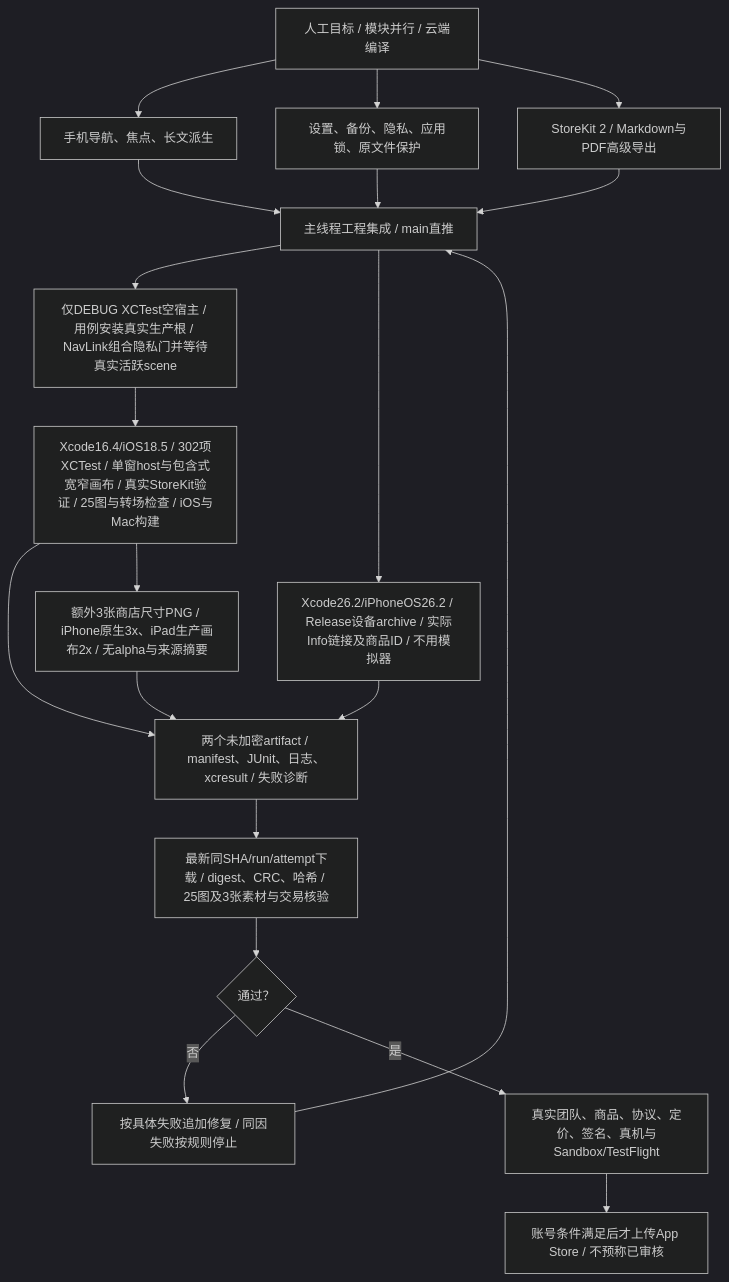
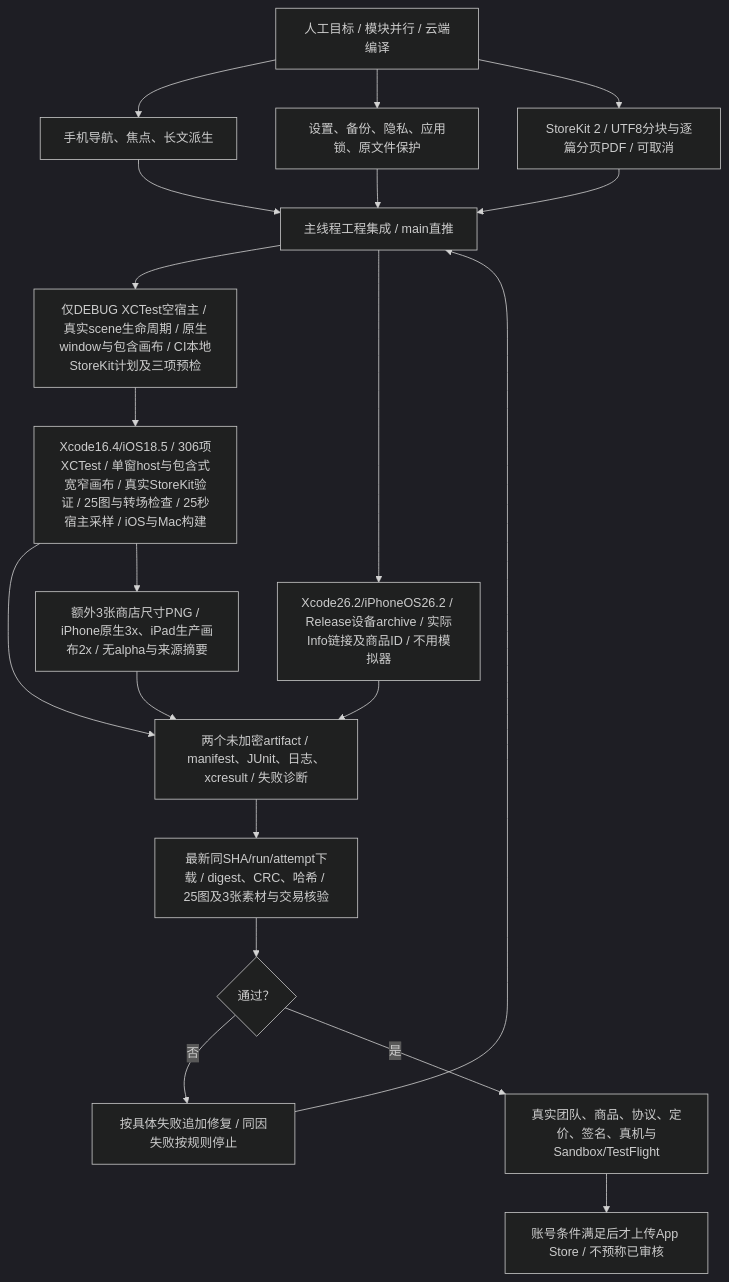
Before and after one commit to Altman-sam114/117: the fourth of 4 diagrams in md/flow/flowchart.md, drawn with Mermaid (dark theme). The commit also changed other lines of this file and 17 other files, not shown here.

````diff
--- a/md/flow/flowchart.md
+++ b/md/flow/flowchart.md
@@ -66,22 +67,22 @@
 ```mermaid
 flowchart TD
   User["人工目标 / 模块并行 / 云端编译"] --> Mobile["手机导航、焦点、长文派生"]
   User --> Safety["设置、备份、隐私、应用锁、原文件保护"]
-  User --> Pro["StoreKit 2 / Markdown与PDF高级导出"]
+  User --> Pro["StoreKit 2 / UTF8分块与逐篇分页PDF / 可取消"]
   Mobile --> Integrate["主线程工程集成 / main直推"]
   Safety --> Integrate
   Pro --> Integrate
-  Integrate --> TestHost["仅DEBUG XCTest空宿主 / 用例安装真实生产根 / NavLink组合隐私门并等待真实活跃scene"]
-  TestHost --> Regression["Xcode16.4/iOS18.5 / 302项XCTest / 单窗host与包含式宽窄画布 / 真实StoreKit验证 / 25图与转场检查 / iOS与Mac构建"]
+  Integrate --> TestHost["仅DEBUG XCTest空宿主 / 真实scene生命周期 / 原生window与包含画布 / CI本地StoreKit计划及三项预检"]
+  TestHost --> Regression["Xcode16.4/iOS18.5 / 306项XCTest / 单窗host与包含式宽窄画布 / 真实StoreKit验证 / 25图与转场检查 / 25秒宿主采样 / iOS与Mac构建"]
   Integrate --> Archive["Xcode26.2/iPhoneOS26.2 / Release设备archive / 实际Info链接及商品ID / 不用模拟器"]
   Regression --> Results["两个未加密artifact / manifest、JUnit、日志、xcresult / 失败诊断"]
   Archive --> Results
   Regression --> StoreImages["额外3张商店尺寸PNG / iPhone原生3x、iPad生产画布2x / 无alpha与来源摘要"]
   StoreImages --> Results
   Results --> Review["最新同SHA/run/attempt下载 / digest、CRC、哈希 / 25图及3张素材与交易核验"]
   Review --> Gate{"通过？"}
   Gate -- "否" --> Fix["按具体失败追加修复 / 同因失败按规则停止"]
   Fix --> Integrate
   Gate -- "是" --> Account["真实团队、商品、协议、定价、签名、真机与Sandbox/TestFlight"]
   Account --> Upload["账号条件满足后才上传App Store / 不预称已审核"]
 ```
````
